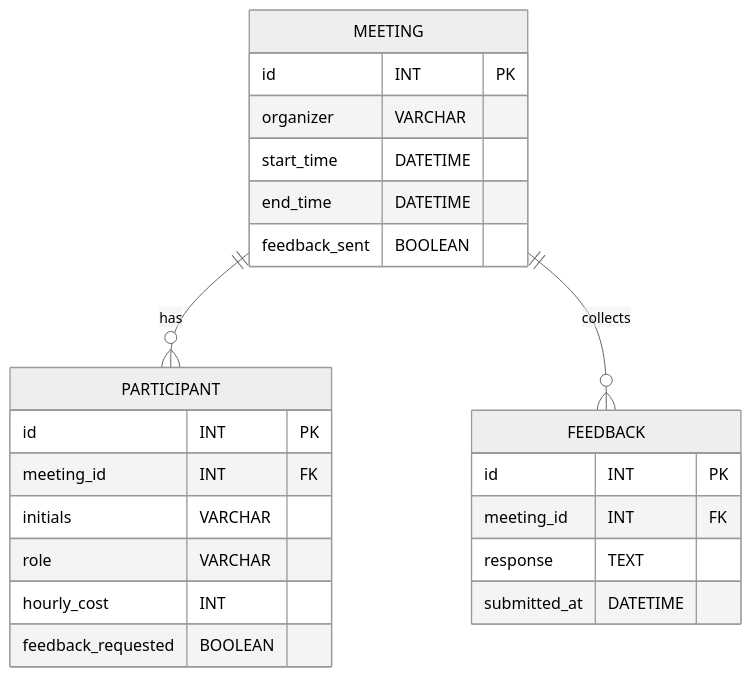
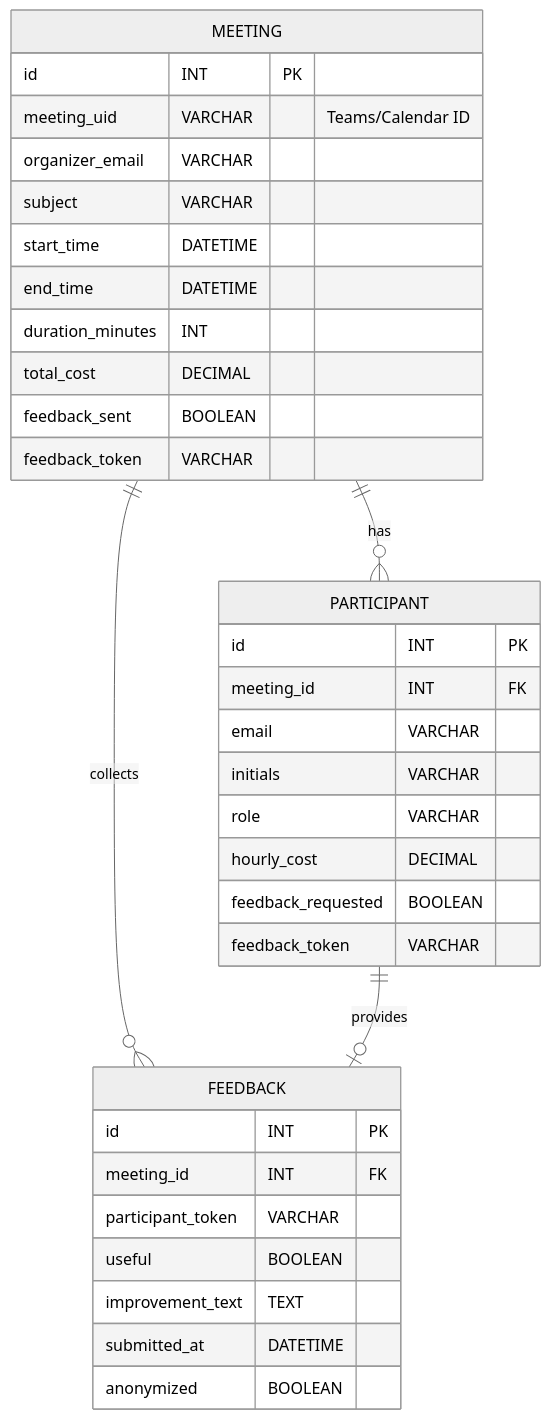
One commit to Morsianeren/meeting-calculator-bot changed the diagram in doc/database-structure.md. Above: the diagram before and after it, drawn with Mermaid (neutral theme). The commit also changed 4 other files, not shown here.

````diff
--- a/doc/database-structure.md
+++ b/doc/database-structure.md
@@ -3,26 +3,37 @@
 ```mermaid
 erDiagram
     MEETING {
         id INT PK
-        organizer VARCHAR
+        meeting_uid VARCHAR "Teams/Calendar ID"
+        organizer_email VARCHAR
+        subject VARCHAR
         start_time DATETIME
         end_time DATETIME
+        duration_minutes INT
+        total_cost DECIMAL
         feedback_sent BOOLEAN
+        feedback_token VARCHAR
     }
     PARTICIPANT {
         id INT PK
         meeting_id INT FK
+        email VARCHAR
         initials VARCHAR
         role VARCHAR
-        hourly_cost INT
+        hourly_cost DECIMAL
         feedback_requested BOOLEAN
+        feedback_token VARCHAR
     }
     FEEDBACK {
         id INT PK
         meeting_id INT FK
-        response TEXT
+        participant_token VARCHAR
+        useful BOOLEAN
+        improvement_text TEXT
         submitted_at DATETIME
+        anonymized BOOLEAN
     }
     MEETING ||--o{ PARTICIPANT : has
     MEETING ||--o{ FEEDBACK : collects
+    PARTICIPANT ||--o| FEEDBACK : provides
 ```
````
